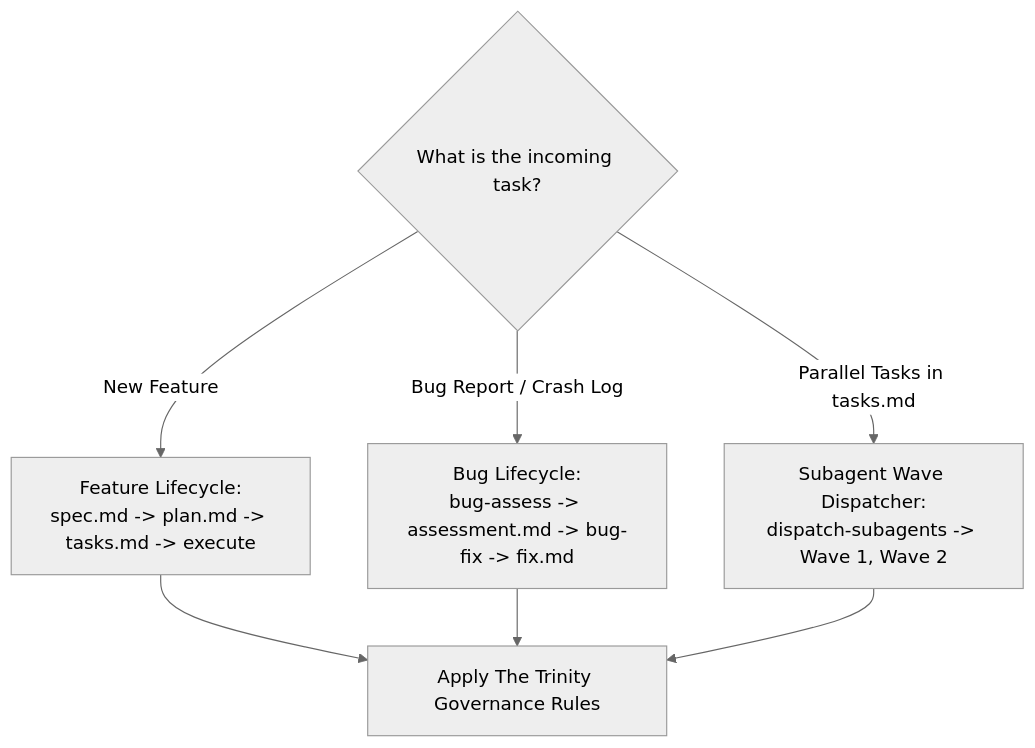
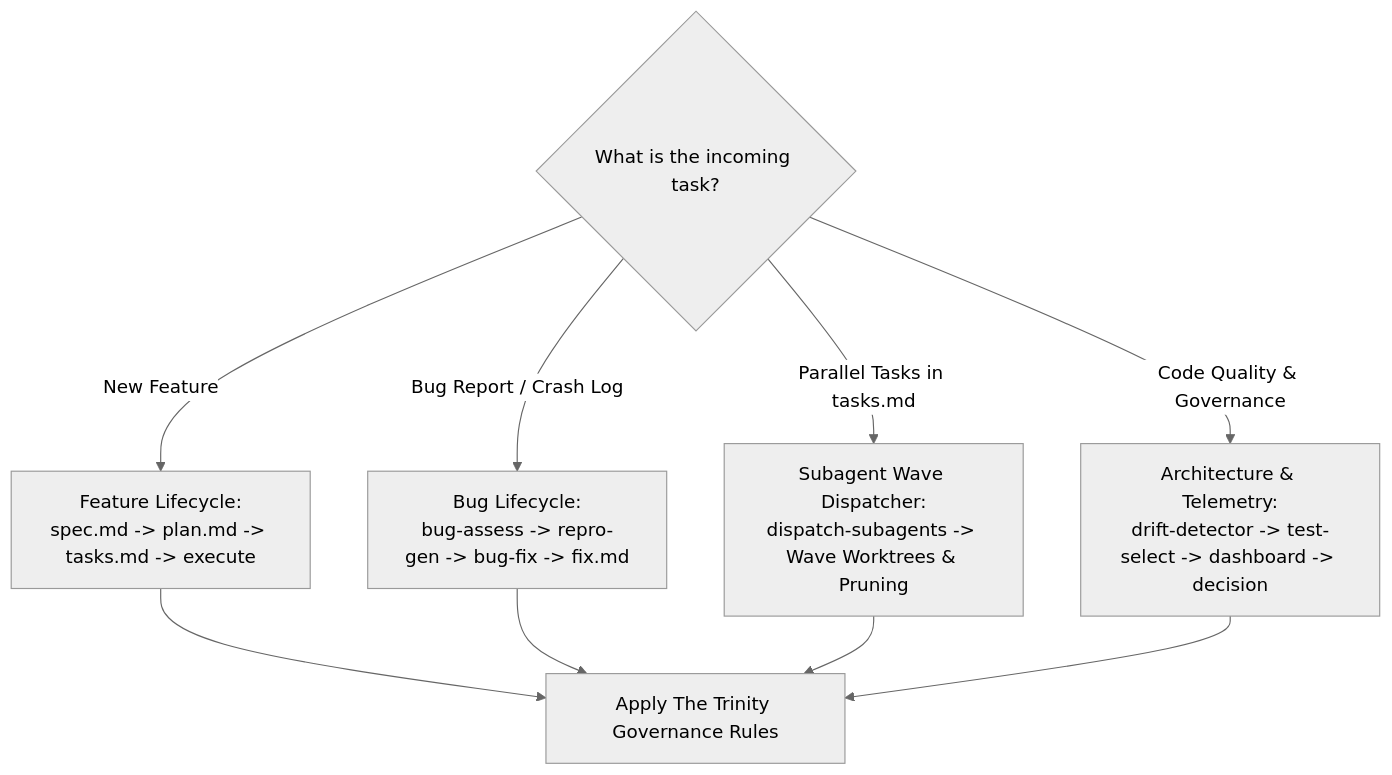
The first of 3 diagrams in .agents/skills/gss-bridge/SKILL.md (maihcx/GSS-Bridge), drawn with Mermaid (neutral theme) before and after one commit. The commit also changed other lines of this file and 48 other files, not shown here.

First line of the commit message:
feat: add AST pruning, TIA, drift detector, repro synthesis, decision journal, dashboard, and worktree isolation

````diff
--- a/.agents/skills/gss-bridge/SKILL.md
+++ b/.agents/skills/gss-bridge/SKILL.md
@@ -31,11 +31,13 @@
 ```mermaid
 flowchart TD
     Trigger{"What is the incoming task?"}
     Trigger -- "New Feature" --> FeatFlow["Feature Lifecycle:\nspec.md -> plan.md -> tasks.md -> execute"]
-    Trigger -- "Bug Report / Crash Log" --> BugFlow["Bug Lifecycle:\nbug-assess -> assessment.md -> bug-fix -> fix.md"]
-    Trigger -- "Parallel Tasks in tasks.md" --> DispatchFlow["Subagent Wave Dispatcher:\ndispatch-subagents -> Wave 1, Wave 2"]
+    Trigger -- "Bug Report / Crash Log" --> BugFlow["Bug Lifecycle:\nbug-assess -> repro-gen -> bug-fix -> fix.md"]
+    Trigger -- "Parallel Tasks in tasks.md" --> DispatchFlow["Subagent Wave Dispatcher:\ndispatch-subagents -> Wave Worktrees & Pruning"]
+    Trigger -- "Code Quality & Governance" --> ArchFlow["Architecture & Telemetry:\ndrift-detector -> test-select -> dashboard -> decision"]
     
     FeatFlow --> TrinityRule["Apply The Trinity Governance Rules"]
     BugFlow --> TrinityRule
     DispatchFlow --> TrinityRule
+    ArchFlow --> TrinityRule
 ```
````
